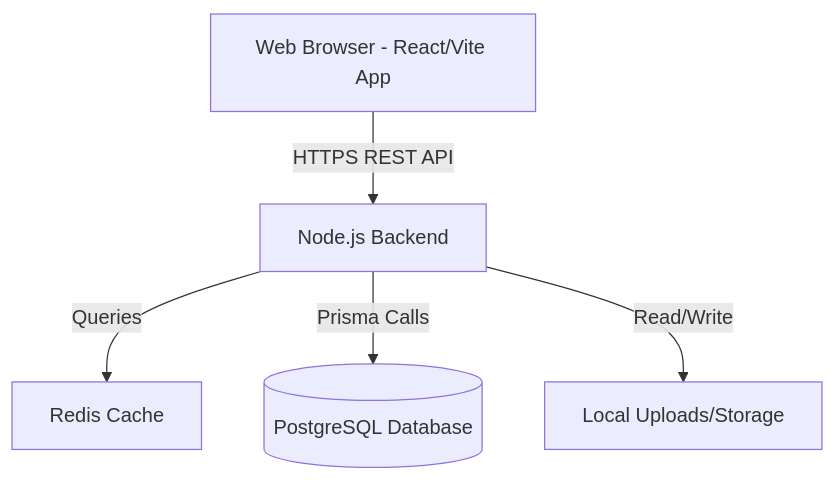
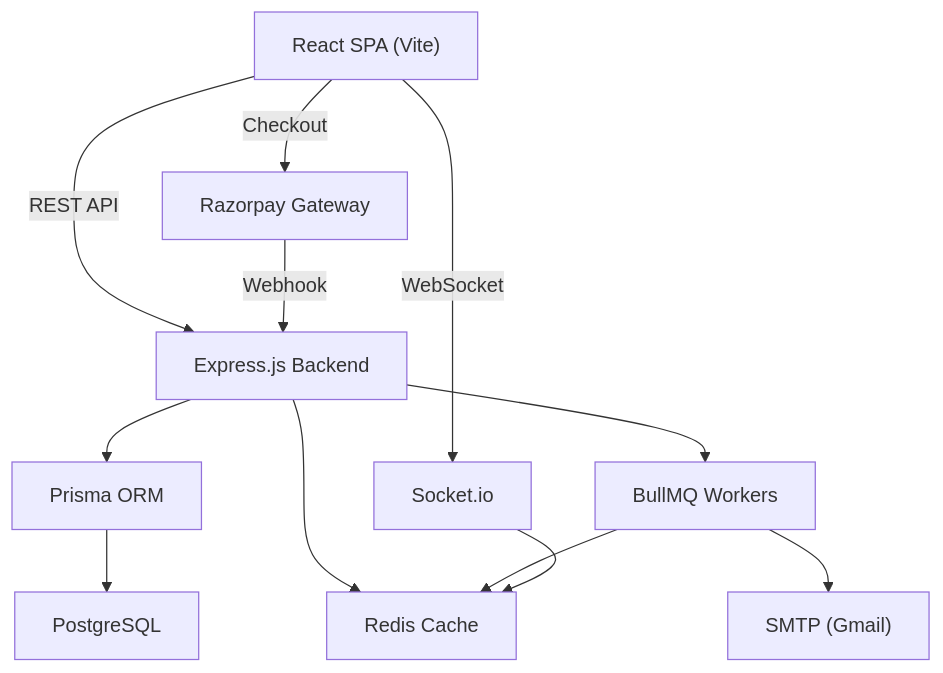
Before and after one commit to surendravarikallu/College_ERP: the diagram in README.md, drawn with Mermaid. The commit also changed other lines of this file and 64 other files, not shown here.

First line of the commit message:
Refactor: complete backend schema synchronization and service-layer updates for Phase 7

````diff
--- a/README.md
+++ b/README.md
@@ -102,7 +169,14 @@
 ```mermaid
-graph TD;
-    Client[Web Browser - React/Vite App] -->|HTTPS REST API| Server[Node.js Backend]
-    Server -->|Queries| Redis[Redis Cache]
-    Server -->|Prisma Calls| DB[(PostgreSQL Database)]
-    Server -->|Read/Write| Storage[Local Uploads/Storage]
+graph TD
+    Client["React SPA (Vite)"] -->|REST API| Server["Express.js Backend"]
+    Client -->|WebSocket| Socket["Socket.io"]
+    Server --> Prisma["Prisma ORM"]
+    Prisma --> DB["PostgreSQL"]
+    Server --> RedisCache["Redis Cache"]
+    Server --> BullMQ["BullMQ Workers"]
+    BullMQ --> RedisCache
+    BullMQ --> SMTP["SMTP (Gmail)"]
+    Socket --> RedisCache
+    Client -->|Checkout| Razorpay["Razorpay Gateway"]
+    Razorpay -->|Webhook| Server
 ```
````
